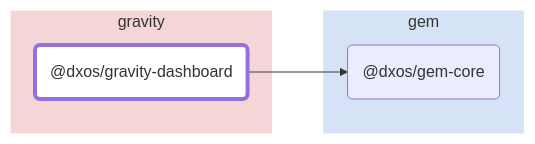
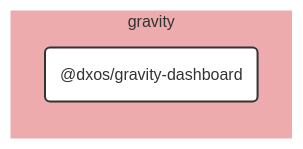
One commit to dxos/dxos changed the diagram in packages/gravity/gravity-dashboard/docs/README.md. Above: the diagram before and after it, drawn with Mermaid. The commit also changed other lines of this file and 100 other files, not shown here.

````diff
--- a/packages/gravity/gravity-dashboard/docs/README.md
+++ b/packages/gravity/gravity-dashboard/docs/README.md
@@ -7,19 +7,25 @@
 ```mermaid
-flowchart LR;
+%%{ init: {'flowchart':{'curve':'basis'}} }%%
 
-style dxos/gravity-dashboard fill:#fff,stroke-width:4px;
+flowchart LR
 
-click dxos/gem-core "https:/github.com/dxos/dxos/tree/main/packages/gem/gem-core/docs";
+%% Links
 
+%% Sections
 subgraph gravity
-  style gravity fill:#f5d6d7,stroke:#fff;
-  dxos/gravity-dashboard("@dxos/gravity-dashboard");
+  style gravity fill:#edabad,stroke:#fff;
+
+  dxos/gravity-dashboard("@dxos/gravity-dashboard")
 end
 
-subgraph gem
-  style gem fill:#d6e2f5,stroke:#fff;
-  dxos/gem-core("@dxos/gem-core");
-end
 
-dxos/gravity-dashboard --> dxos/gem-core;
+%% Hyperlinks
+
+%% Styles
+classDef rootNode fill:#fff,stroke:#333,stroke-width:2px
+classDef defaultNode fill:#fff,stroke:#333,stroke-width:1px
+linkStyle default stroke:#333,stroke-width:1px
+
+dxos/gravity-dashboard:::rootNode
+
 ```
````
